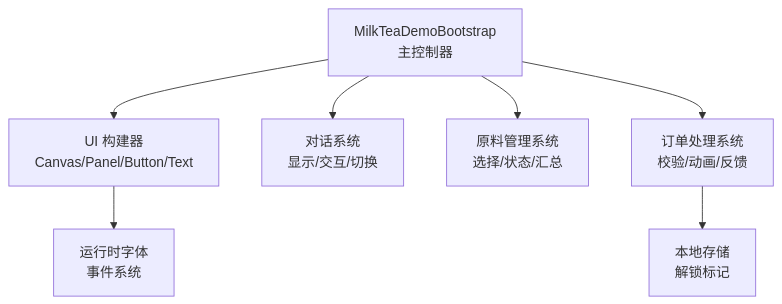
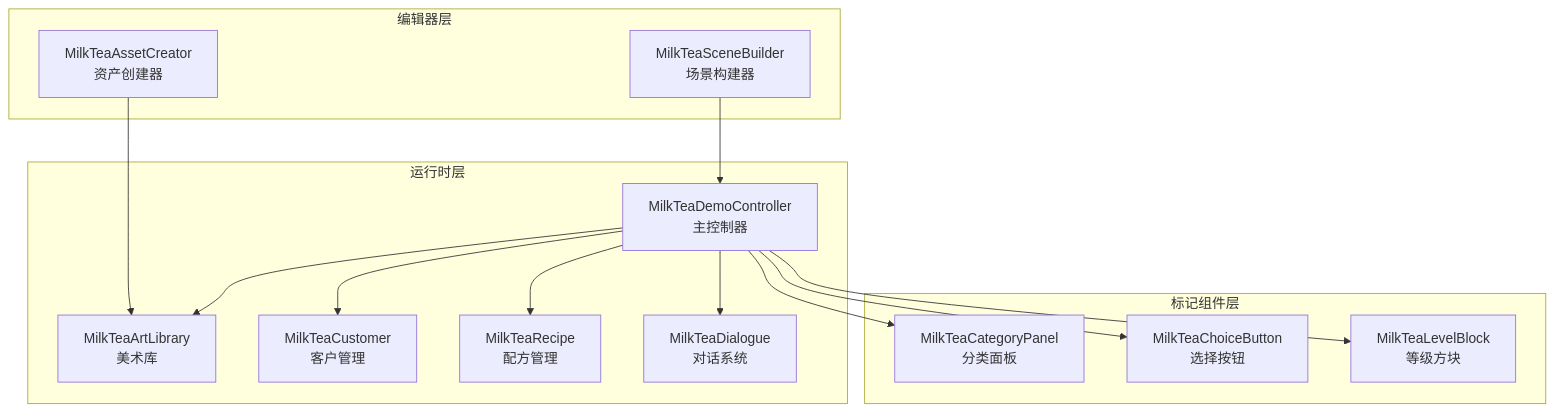
One commit to Thanatos42/-demo changed the first of 4 diagrams in .qoder/repowiki/zh/content/核心系统详解/核心系统详解.md. Above: the diagram before and after it, drawn with Mermaid. The commit also changed other lines of this file and 16 other files, not shown here.

````diff
--- a/.qoder/repowiki/zh/content/核心系统详解/核心系统详解.md
+++ b/.qoder/repowiki/zh/content/核心系统详解/核心系统详解.md
@@ -30,9 +42,28 @@
 ```mermaid
 graph TB
-A["MilkTeaDemoBootstrap<br/>主控制器"] --> B["UI 构建器<br/>Canvas/Panel/Button/Text"]
-A --> C["对话系统<br/>显示/交互/切换"]
-A --> D["原料管理系统<br/>选择/状态/汇总"]
-A --> E["订单处理系统<br/>校验/动画/反馈"]
-B --> F["运行时字体<br/>事件系统"]
-E --> G["本地存储<br/>解锁标记"]
+subgraph "编辑器层"
+A["MilkTeaSceneBuilder<br/>场景构建器"]
+B["MilkTeaAssetCreator<br/>资产创建器"]
+end
+subgraph "运行时层"
+C["MilkTeaDemoController<br/>主控制器"]
+D["MilkTeaArtLibrary<br/>美术库"]
+E["MilkTeaCustomer<br/>客户管理"]
+F["MilkTeaRecipe<br/>配方管理"]
+G["MilkTeaDialogue<br/>对话系统"]
+end
+subgraph "标记组件层"
+H["MilkTeaCategoryPanel<br/>分类面板"]
+I["MilkTeaChoiceButton<br/>选择按钮"]
+J["MilkTeaLevelBlock<br/>等级方块"]
+end
+A --> C
+B --> D
+C --> D
+C --> E
+C --> F
+C --> G
+C --> H
+C --> I
+C --> J
 ```
````
